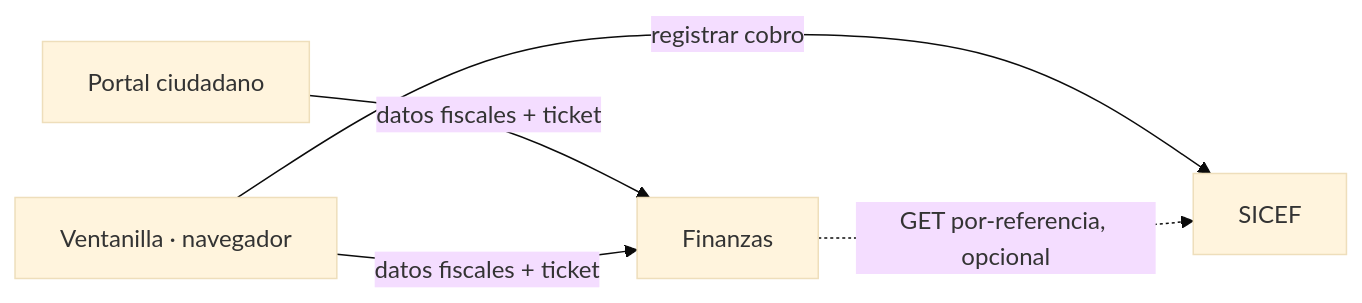
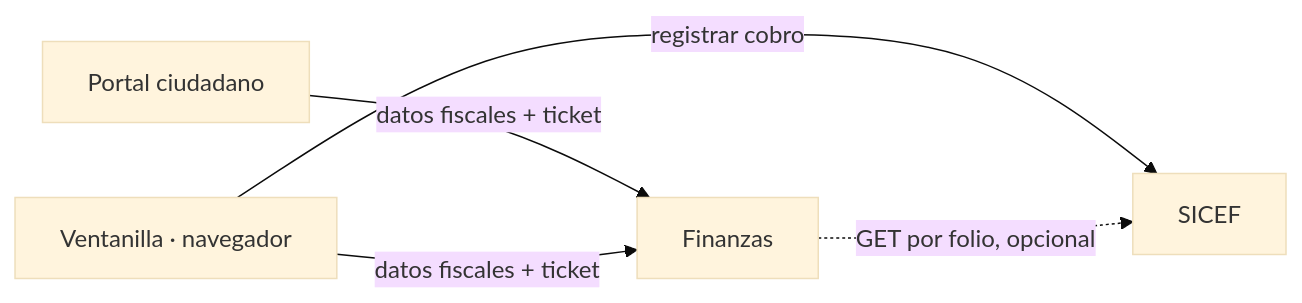
The first of 4 diagrams in documentacion2/SISTEMA_FINANZAS.md (fsjorg3/gsts), drawn with Mermaid (base theme) before and after one commit. The commit also changed other lines of this file and 47 other files, not shown here.

````diff
--- a/documentacion2/SISTEMA_FINANZAS.md
+++ b/documentacion2/SISTEMA_FINANZAS.md
@@ -20,7 +20,7 @@
 ```mermaid
 flowchart LR
     P[Portal ciudadano] -->|datos fiscales + ticket| F[Finanzas]
     V[Ventanilla · navegador] -->|registrar cobro| S[SICEF]
     V -->|datos fiscales + ticket| F
-    F -.->|GET por-referencia, opcional| S
+    F -.->|GET por folio, opcional| S
 ```
````
